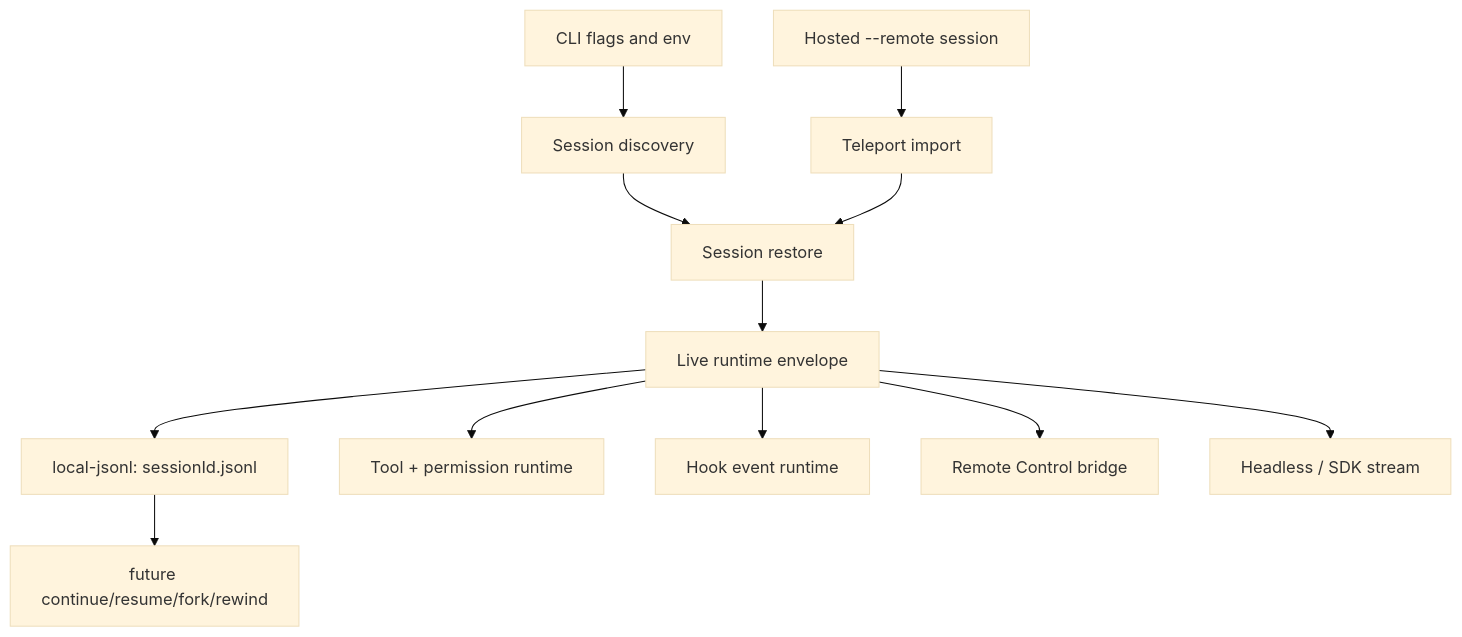
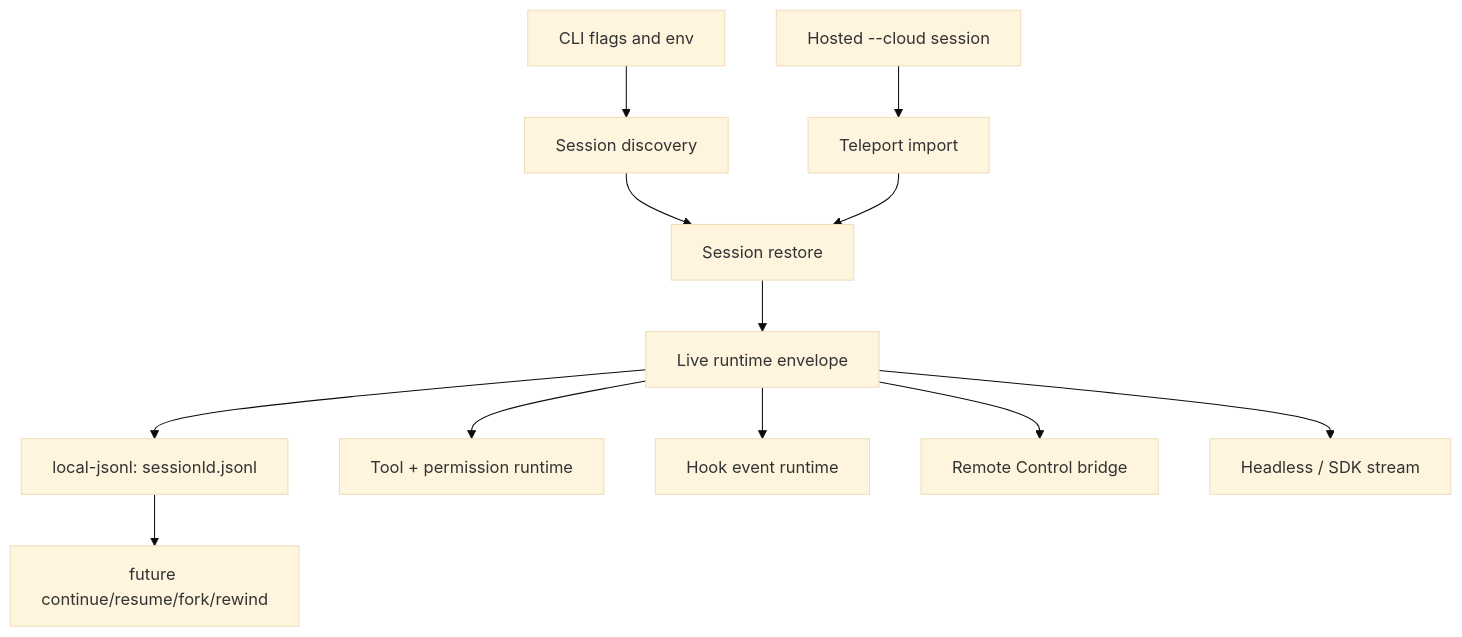
Before and after one commit to vibewatch/claude-code-internals: the first of 2 diagrams in docs/04-sessions-persistence-remote/session-api-events-and-storage.md, drawn with Mermaid (base theme). The commit also changed other lines of this file and 34 other files, not shown here.

````diff
--- a/docs/04-sessions-persistence-remote/session-api-events-and-storage.md
+++ b/docs/04-sessions-persistence-remote/session-api-events-and-storage.md
@@ -73,14 +74,14 @@
 ```mermaid
 flowchart TD
     Flags[CLI flags and env] --> Resolver[Session discovery]
     Resolver --> Restore[Session restore]
     Restore --> Envelope[Live runtime envelope]
     Envelope --> Jsonl[local-jsonl: sessionId.jsonl]
     Envelope --> Tools[Tool + permission runtime]
     Envelope --> Hooks[Hook event runtime]
     Envelope --> RemoteControl[Remote Control bridge]
-    Hosted[Hosted --remote session] --> Teleport[Teleport import]
+    Hosted[Hosted --cloud session] --> Teleport[Teleport import]
     Teleport --> Restore
     Envelope --> SDK[Headless / SDK stream]
     Jsonl --> Resume[future continue/resume/fork/rewind]
 ```
````
